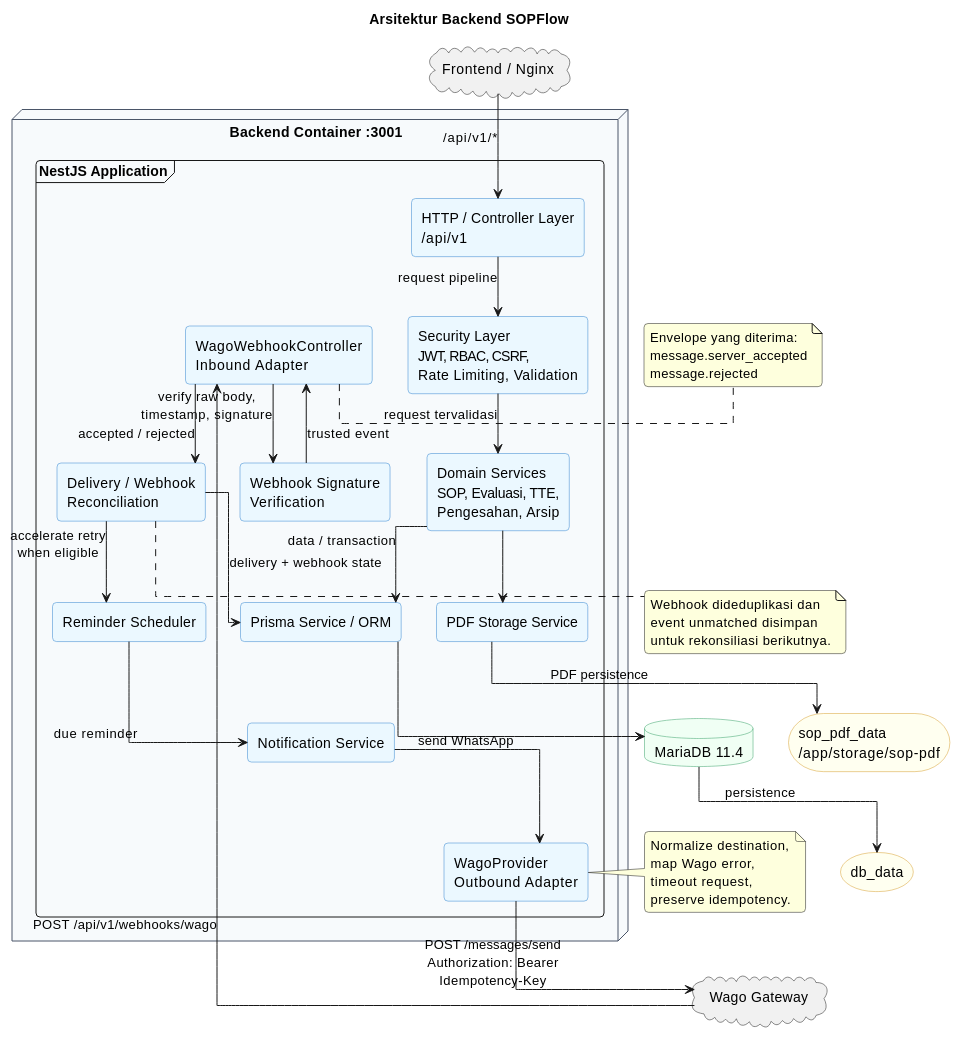
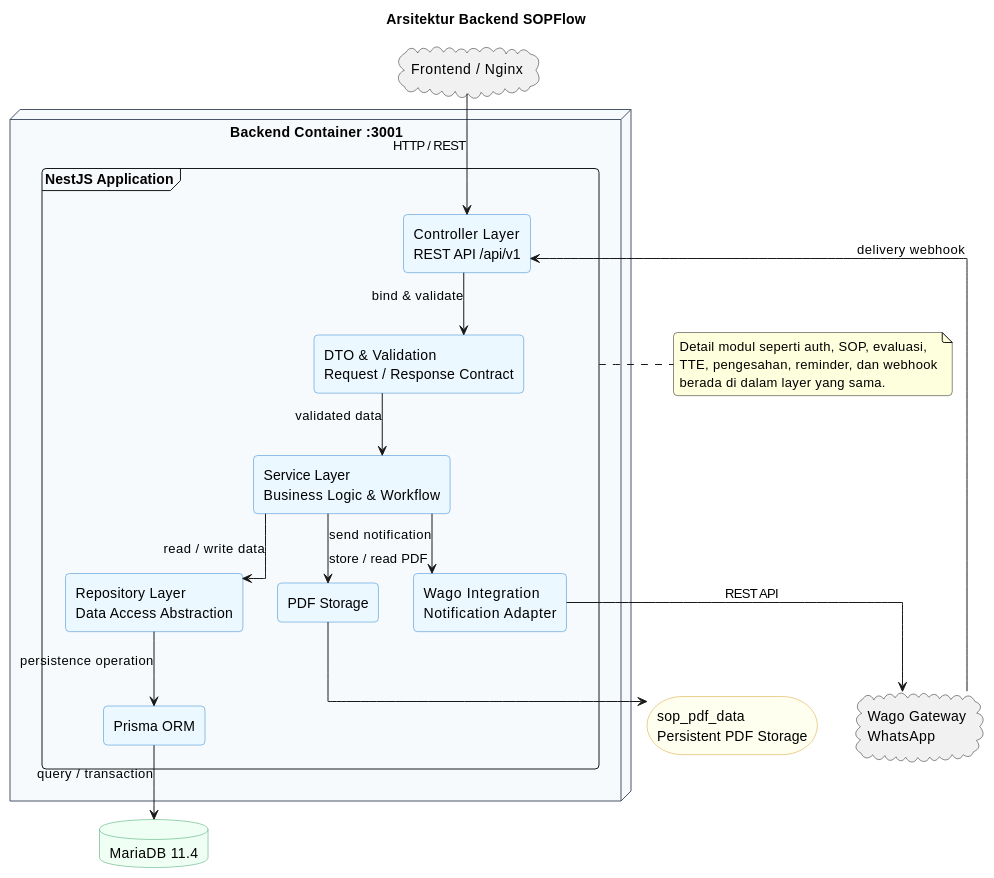
One commit to howlil/sop-generate-app changed the third of 4 diagrams in docs/arsitektur-sistem.md. Above: the diagram before and after it, drawn with PlantUML. The commit also changed other lines of this file, not shown here.

Commit message:
docs: simplify backend architecture abstraction

```diff
--- a/docs/arsitektur-sistem.md
+++ b/docs/arsitektur-sistem.md
@@ -265,8 +263,6 @@
   defaultFontName sans-serif
   roundCorner 8
 
-  ActorBorderColor #2D3748
-  ActorBackgroundColor #E2E8F0
   NodeBorderColor #4A5568
   NodeBackgroundColor #F7FAFC
   ComponentBorderColor #3182CE
@@ -278,66 +274,41 @@
 }
 
 cloud "Frontend / Nginx" as Frontend
-cloud "Wago Gateway" as Wago
+cloud "Wago Gateway\nWhatsApp" as Wago
 
 node "Backend Container :3001" as BackendContainer {
   frame "NestJS Application" as NestApp {
-    component "HTTP / Controller Layer\n/api/v1" as Controller
-    component "Security Layer\nJWT, RBAC, CSRF,\nRate Limiting, Validation" as Security
-    component "Domain Services\nSOP, Evaluasi, TTE,\nPengesahan, Arsip" as Domain
-    component "Reminder Scheduler" as Scheduler
-    component "Notification Service" as Notification
-    component "WagoProvider\nOutbound Adapter" as WagoProvider
-    component "WagoWebhookController\nInbound Adapter" as WagoWebhook
-    component "Webhook Signature\nVerification" as WebhookSignature
-    component "Delivery / Webhook\nReconciliation" as Reconciliation
-    component "Prisma Service / ORM" as Prisma
-    component "PDF Storage Service" as PdfStorage
+    component "Controller Layer\nREST API /api/v1" as Controller
+    component "DTO & Validation\nRequest / Response Contract" as DTO
+    component "Service Layer\nBusiness Logic & Workflow" as Service
+    component "Repository Layer\nData Access Abstraction" as Repository
+    component "Prisma ORM" as Prisma
+    component "Wago Integration\nNotification Adapter" as WagoIntegration
+    component "PDF Storage" as PdfStorage
   }
 }
 
 database "MariaDB 11.4" as Database
-storage "db_data" as DbVolume
-storage "sop_pdf_data\n/app/storage/sop-pdf" as PdfVolume
+storage "sop_pdf_data\nPersistent PDF Storage" as PdfVolume
 
-Frontend --> Controller : /api/v1/*
-Controller --> Security : request pipeline
-Security --> Domain : request tervalidasi
-Domain --> Prisma : data / transaction
-Prisma --> Database
-Database --> DbVolume : persistence
+Frontend --> Controller : HTTP / REST
+Controller --> DTO : bind & validate
+DTO --> Service : validated data
+Service --> Repository : read / write data
+Repository --> Prisma : persistence operation
+Prisma --> Database : query / transaction
 
-Domain --> PdfStorage
-PdfStorage --> PdfVolume : PDF persistence
+Service --> PdfStorage : store / read PDF
+PdfStorage --> PdfVolume
 
-Scheduler --> Notification : due reminder
-Notification --> WagoProvider : send WhatsApp
-WagoProvider --> Wago : POST /messages/send\nAuthorization: Bearer\nIdempotency-Key
+Service --> WagoIntegration : send notification
+WagoIntegration --> Wago : REST API
+Wago --> Controller : delivery webhook
 
-Wago --> WagoWebhook : POST /api/v1/webhooks/wago
-WagoWebhook --> WebhookSignature : verify raw body,\ntimestamp, signature
-WebhookSignature --> WagoWebhook : trusted event
-WagoWebhook --> Reconciliation : accepted / rejected
-Reconciliation --> Prisma : delivery + webhook state
-Reconciliation --> Scheduler : accelerate retry\nwhen eligible
-
-note right of WagoProvider
-  Normalize destination,
-  map Wago error,
-  timeout request,
-  preserve idempotency.
-end note
-
-note right of WagoWebhook
-  Envelope yang diterima:
-  message.server_accepted
-  message.rejected
-end note
-
-note bottom of Reconciliation
-  Webhook dideduplikasi dan
-  event unmatched disimpan
-  untuk rekonsiliasi berikutnya.
+note bottom of NestApp
+  Detail modul seperti auth, SOP, evaluasi,
+  TTE, pengesahan, reminder, dan webhook
+  berada di dalam layer yang sama.
 end note
 
 @enduml
```
